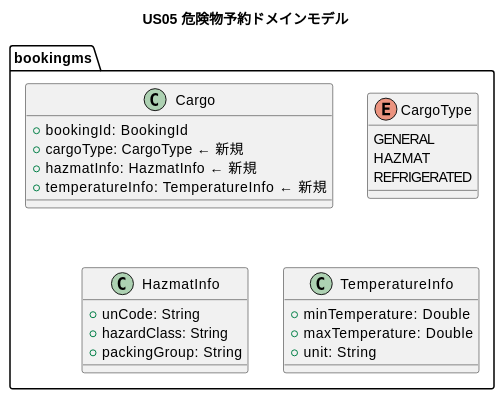
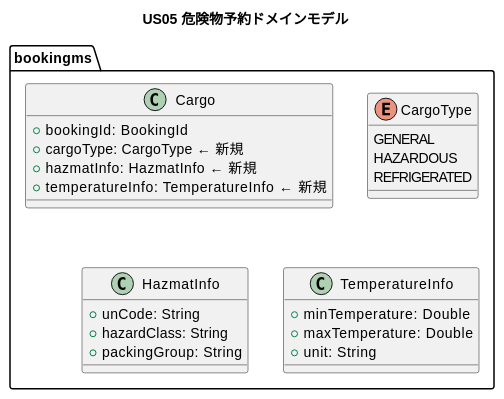
One commit to k2works/case-study-cargo-tracker changed the fourth of 9 diagrams in docs/development/iteration_plan-7.md. Above: the diagram before and after it, drawn with PlantUML. The commit also changed other lines of this file, not shown here.

````diff
--- a/docs/development/iteration_plan-7.md
+++ b/docs/development/iteration_plan-7.md
@@ -241,32 +242,32 @@
 ```plantuml
 @startuml
 title US05 危険物予約ドメインモデル
 
 package "bookingms" {
   class Cargo {
     + bookingId: BookingId
     + cargoType: CargoType  ← 新規
     + hazmatInfo: HazmatInfo  ← 新規
     + temperatureInfo: TemperatureInfo  ← 新規
   }
 
   enum CargoType {
     GENERAL
-    HAZMAT
+    HAZARDOUS
     REFRIGERATED
   }
 
   class HazmatInfo {
     + unCode: String
     + hazardClass: String
     + packingGroup: String
   }
 
   class TemperatureInfo {
     + minTemperature: Double
     + maxTemperature: Double
     + unit: String
   }
 }
 @enduml
 ```
````
